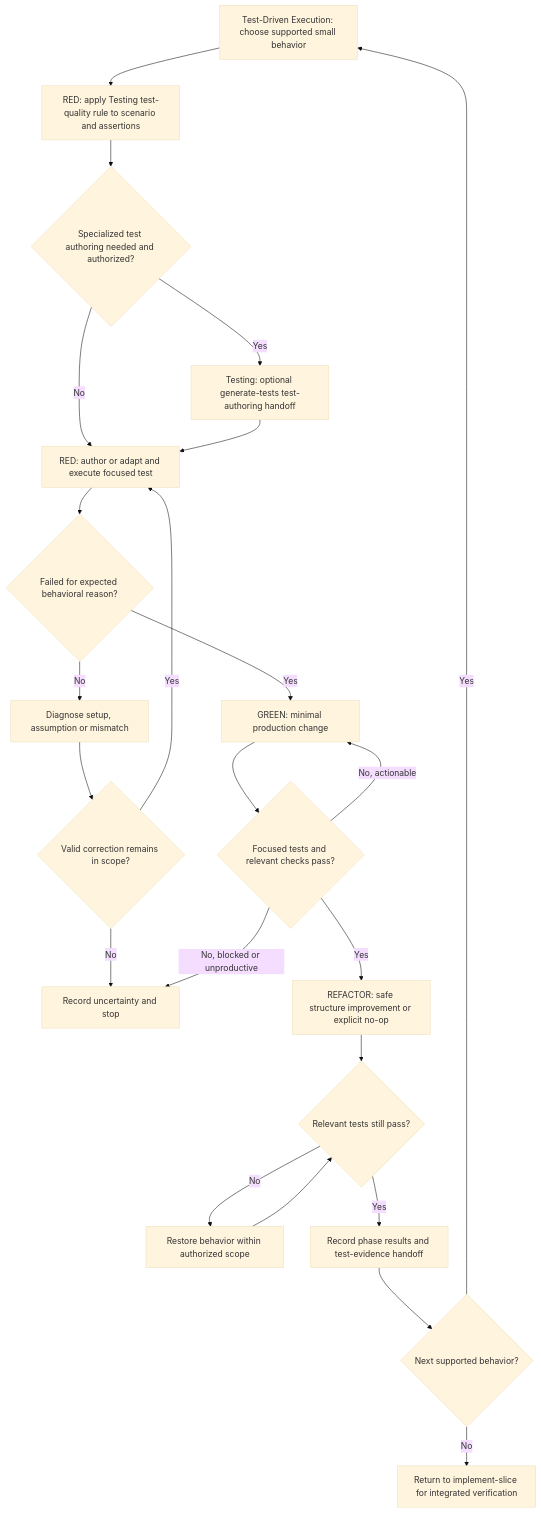
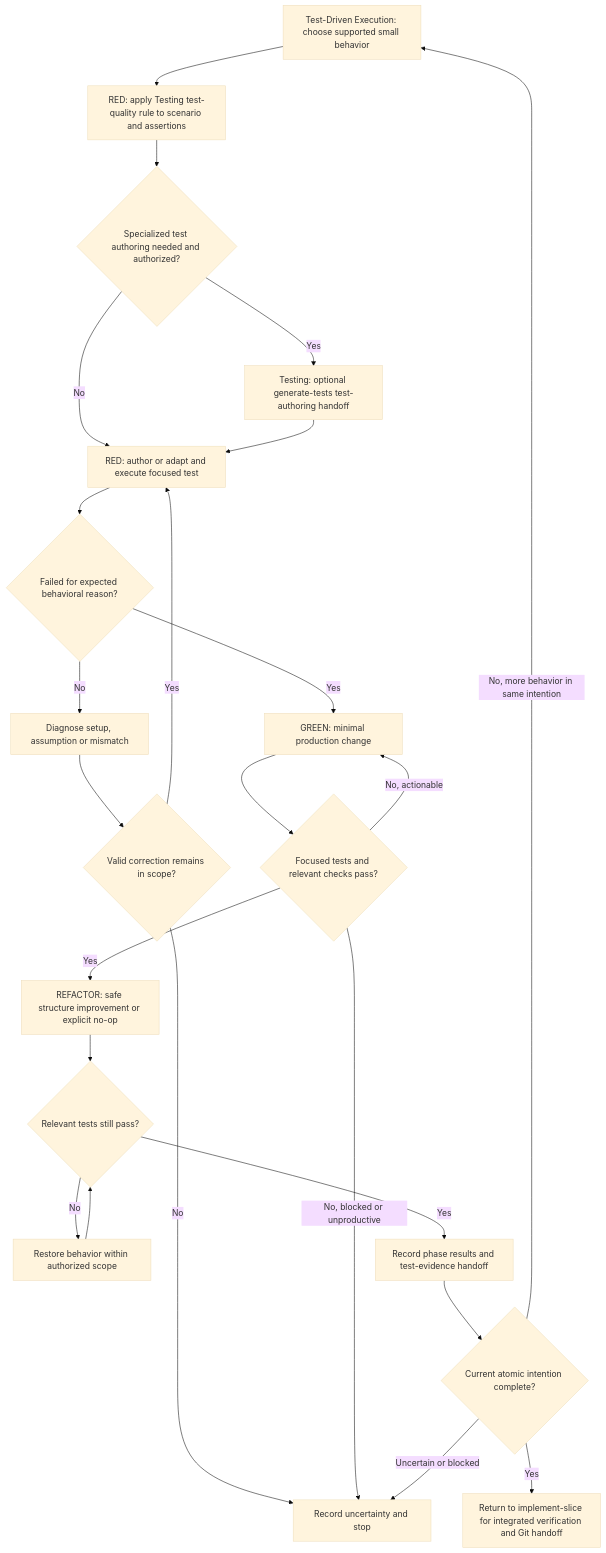
One commit to JadsonLucena/agent-toolkit changed the diagram in contexts/implementation/skills/test-driven-development/SKILL.md. Above: the diagram before and after it, drawn with Mermaid (base theme). The commit also changed other lines of this file and 12 other files, not shown here.

````diff
--- a/contexts/implementation/skills/test-driven-development/SKILL.md
+++ b/contexts/implementation/skills/test-driven-development/SKILL.md
@@ -25,25 +25,26 @@
 ```mermaid
 flowchart TD
     Select["Test-Driven Execution: choose supported small behavior"] --> Standards["RED: apply Testing test-quality rule to scenario and assertions"]
     Standards --> NeedHelp{"Specialized test authoring needed and authorized?"}
     NeedHelp -->|Yes| Delegate["Testing: optional generate-tests test-authoring handoff"]
     NeedHelp -->|No| Red
     Delegate --> Red["RED: author or adapt and execute focused test"]
     Red --> Why{"Failed for expected behavioral reason?"}
     Why -->|No| Diagnose["Diagnose setup, assumption or mismatch"]
     Diagnose --> Decision{"Valid correction remains in scope?"}
     Decision -->|No| Stop["Record uncertainty and stop"]
     Decision -->|Yes| Red
     Why -->|Yes| Green["GREEN: minimal production change"]
     Green --> Check{"Focused tests and relevant checks pass?"}
     Check -->|No, actionable| Green
     Check -->|No, blocked or unproductive| Stop
     Check -->|Yes| Refactor["REFACTOR: safe structure improvement or explicit no-op"]
     Refactor --> Verify{"Relevant tests still pass?"}
     Verify -->|No| Fix["Restore behavior within authorized scope"]
     Fix --> Verify
     Verify -->|Yes| Evidence["Record phase results and test-evidence handoff"]
-    Evidence --> More{"Next supported behavior?"}
-    More -->|Yes| Select
-    More -->|No| Done["Return to implement-slice for integrated verification"]
+    Evidence --> Boundary{"Current atomic intention complete?"}
+    Boundary -->|Yes| Done["Return to implement-slice for integrated verification and Git handoff"]
+    Boundary -->|No, more behavior in same intention| Select
+    Boundary -->|Uncertain or blocked| Stop
 ```
````
